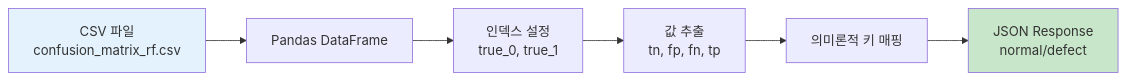
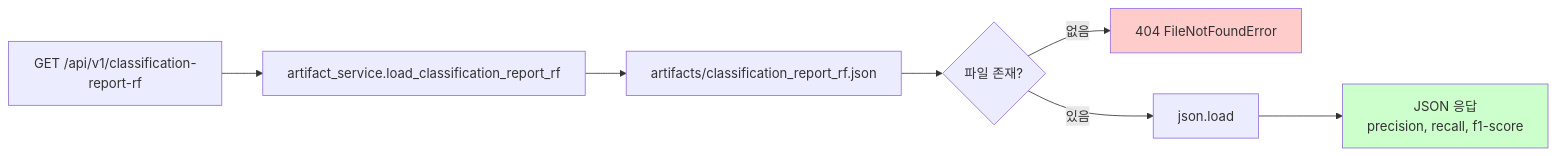
The sixth of 9 diagrams in docs/data-flow-diagram.md (KNU-TEAM5/capstone2_BE), drawn with Mermaid before and after one commit. The commit also changed other lines of this file, not shown here.

Commit message:
docs: 데이터 플로우 다이어그램

````diff
--- a/docs/data-flow-diagram.md
+++ b/docs/data-flow-diagram.md
@@ -201,11 +206,12 @@
 ```mermaid
-graph LR
-    A[CSV 파일<br/>confusion_matrix_rf.csv] --> B[Pandas DataFrame]
-    B --> C[인덱스 설정<br/>true_0, true_1]
-    C --> D[값 추출<br/>tn, fp, fn, tp]
-    D --> E[의미론적 키 매핑]
-    E --> F[JSON Response<br/>normal/defect]
+flowchart LR
+    A[GET /api/v1/classification-report-rf] --> B[artifact_service.load_classification_report_rf]
+    B --> C[artifacts/classification_report_rf.json]
+    C --> D{파일 존재?}
+    D -->|없음| E[404 FileNotFoundError]
+    D -->|있음| F[json.load]
+    F --> G[JSON 응답<br/>precision, recall, f1-score]
 
-    style A fill:#e3f2fd
-    style F fill:#c8e6c9
+    style E fill:#ffcccc
+    style G fill:#ccffcc
 ```
````
